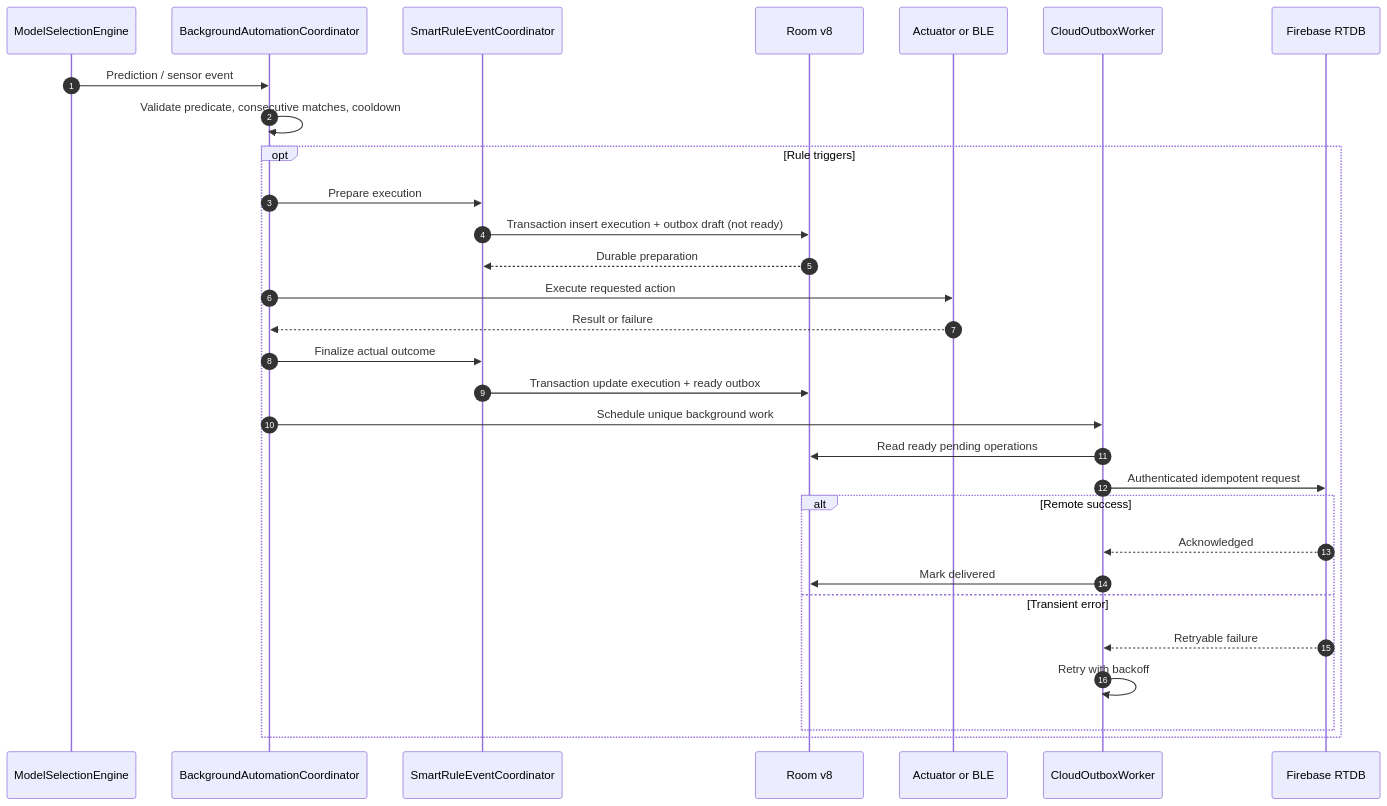
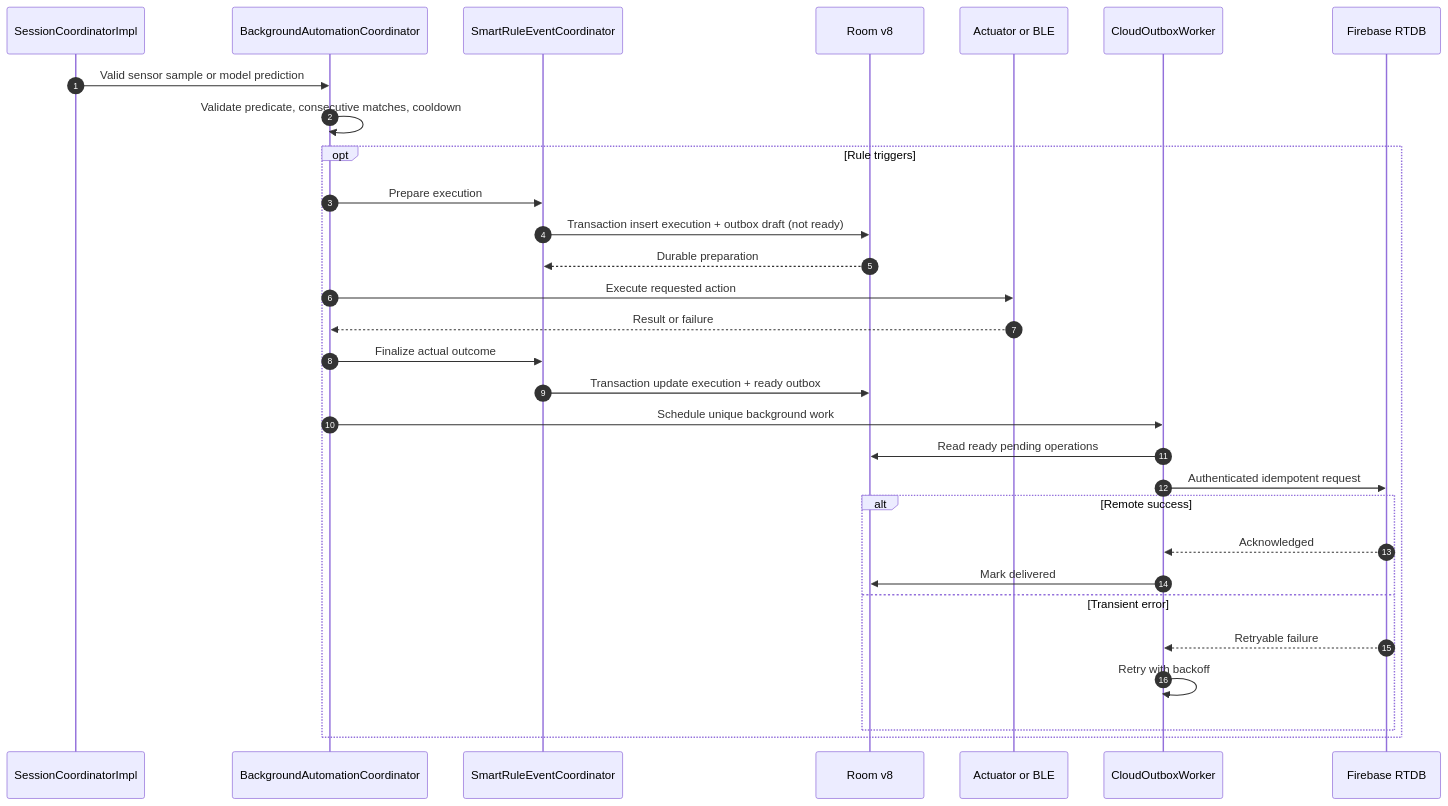
The diagram in docs/diagrams/06-rules-cloud-sequence.md (Eclipse-XS/SleepTrackerSimulator), drawn with Mermaid before and after one commit. The commit also changed 2 other files, not shown here.

Commit message:
docs: align architecture diagrams with runtime

````diff
--- a/docs/diagrams/06-rules-cloud-sequence.md
+++ b/docs/diagrams/06-rules-cloud-sequence.md
@@ -5,32 +5,32 @@
 ```mermaid
 sequenceDiagram
   autonumber
-  participant ML as ModelSelectionEngine
+  participant Coord as SessionCoordinatorImpl
   participant Auto as BackgroundAutomationCoordinator
   participant Rule as SmartRuleEventCoordinator
   participant DB as Room v8
   participant Act as Actuator or BLE
   participant Work as CloudOutboxWorker
   participant FB as Firebase RTDB
-  ML->>Auto: Prediction / sensor event
+  Coord->>Auto: Valid sensor sample or model prediction
   Auto->>Auto: Validate predicate, consecutive matches, cooldown
   opt Rule triggers
     Auto->>Rule: Prepare execution
     Rule->>DB: Transaction insert execution + outbox draft (not ready)
     DB-->>Rule: Durable preparation
     Auto->>Act: Execute requested action
     Act-->>Auto: Result or failure
     Auto->>Rule: Finalize actual outcome
     Rule->>DB: Transaction update execution + ready outbox
     Auto->>Work: Schedule unique background work
     Work->>DB: Read ready pending operations
     Work->>FB: Authenticated idempotent request
     alt Remote success
       FB-->>Work: Acknowledged
       Work->>DB: Mark delivered
     else Transient error
       FB-->>Work: Retryable failure
       Work->>Work: Retry with backoff
     end
   end
 ```
````
